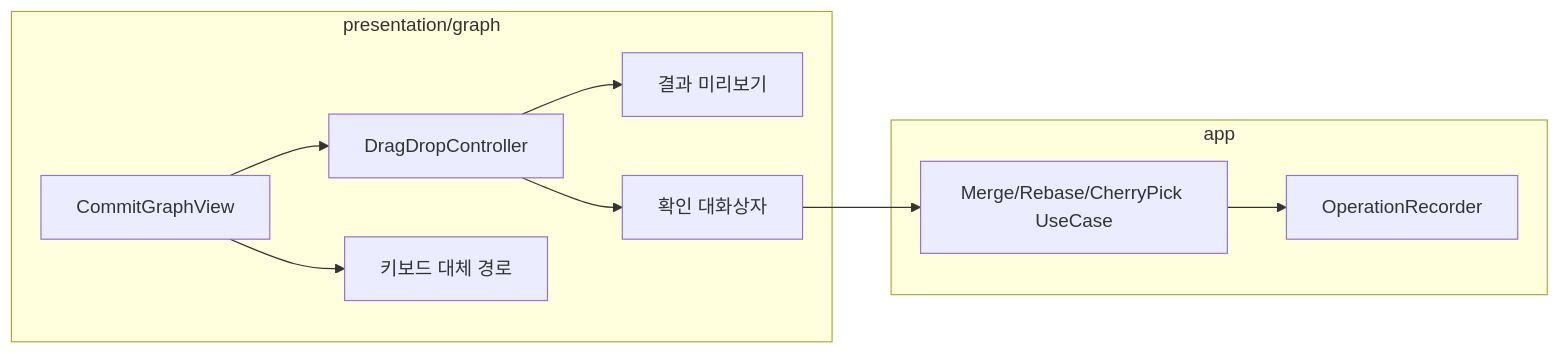
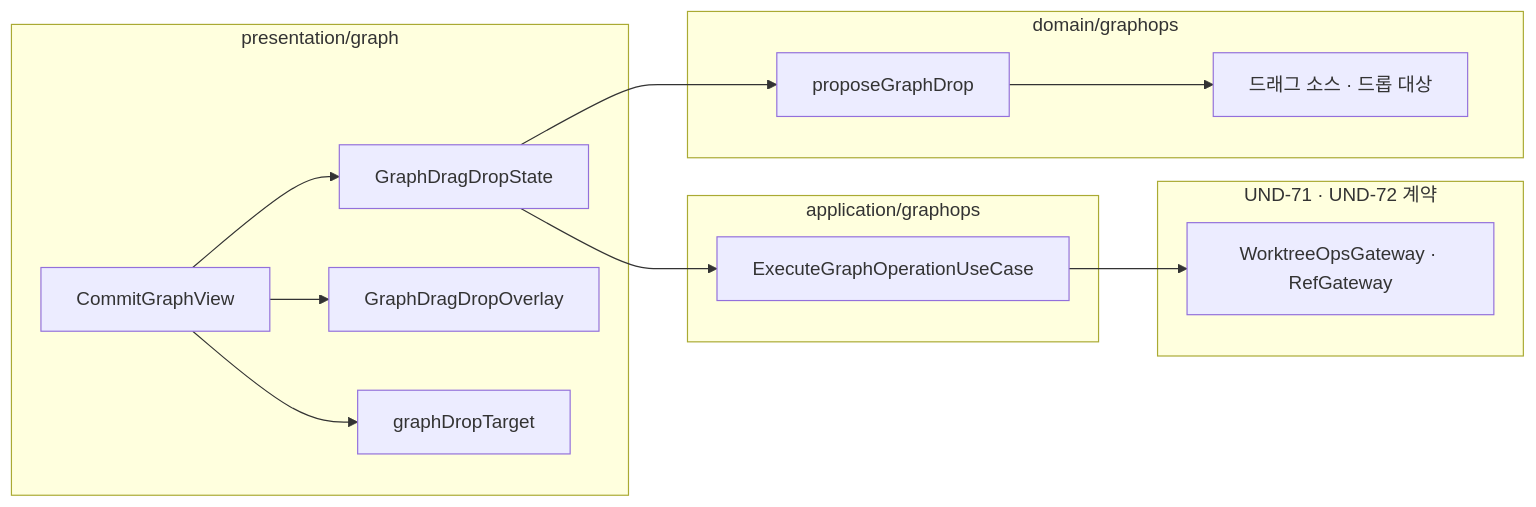
Before and after one commit to biuea3866/gitkraken-clone-app: the second of 2 diagrams in tickets/UND-42-graph-drag-drop.md, drawn with Mermaid. The commit also changed other lines of this file and 18 other files, not shown here.

First line of the commit message:
[UND-42] - feat: 그래프 드래그&드롭 조작 (#83)

````diff
--- a/tickets/UND-42-graph-drag-drop.md
+++ b/tickets/UND-42-graph-drag-drop.md
@@ -64,20 +67,26 @@
 ```mermaid
 flowchart LR
-    subgraph graph["presentation/graph"]
+    subgraph pres["presentation/graph"]
         View[CommitGraphView]
-        DnD[DragDropController]
-        Preview[결과 미리보기]
-        Confirm[확인 대화상자]
-        Alt[키보드 대체 경로]
+        State[GraphDragDropState]
+        Overlay[GraphDragDropOverlay]
+        Modifier[graphDropTarget]
     end
-    subgraph app
-        UC[Merge/Rebase/CherryPick UseCase]
-        Undo[OperationRecorder]
+    subgraph dom["domain/graphops"]
+        Model[드래그 소스 · 드롭 대상]
+        Propose[proposeGraphDrop]
     end
-    View --> DnD
-    DnD --> Preview
-    DnD --> Confirm
-    View --> Alt
-    Confirm --> UC
-    UC --> Undo
+    subgraph app["application/graphops"]
+        UC[ExecuteGraphOperationUseCase]
+    end
+    subgraph contract["UND-71 · UND-72 계약"]
+        Gw[WorktreeOpsGateway · RefGateway]
+    end
+    View --> State
+    View --> Modifier
+    View --> Overlay
+    State --> Propose
+    Propose --> Model
+    State --> UC
+    UC --> Gw
 ```
````
